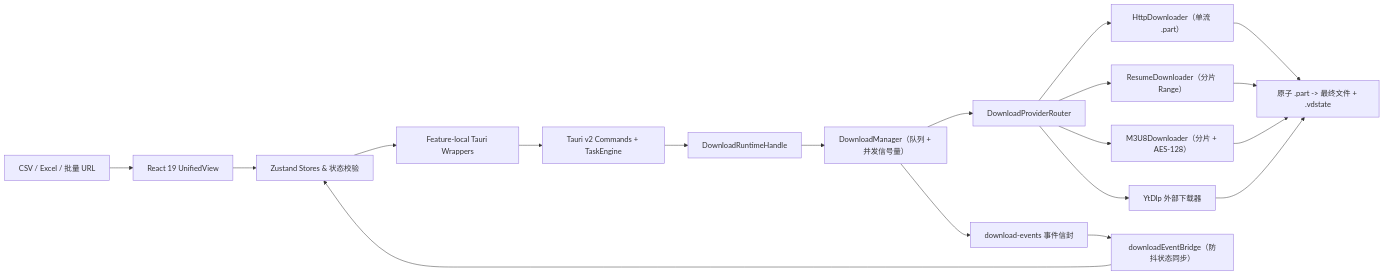
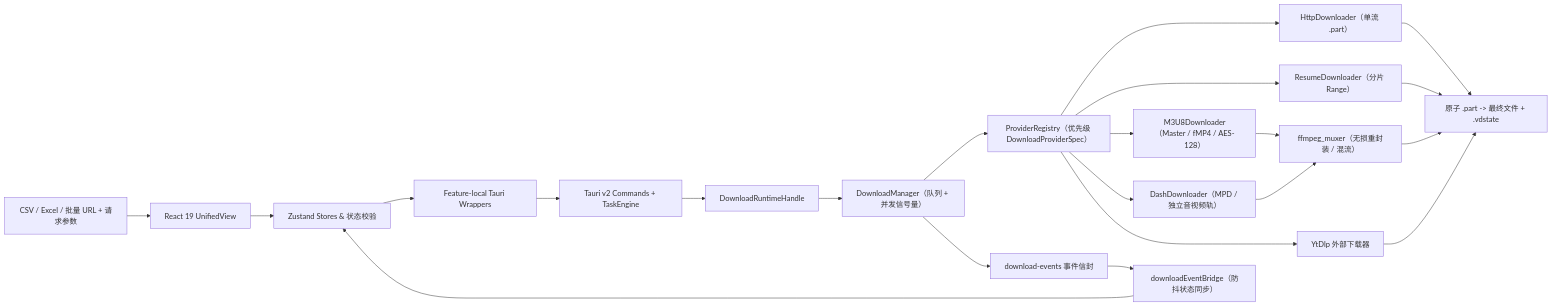
One commit to seaworld008/tauri-video-batch-downloader changed the diagram in README.zh-CN.md. Above: the diagram before and after it, drawn with Mermaid. The commit also changed other lines of this file and 35 other files, not shown here.

Commit message:
feat: release v1.2.0 pluggable multi-streaming engine and DASH/HLS/yt-dlp parity

````diff
--- a/README.zh-CN.md
+++ b/README.zh-CN.md
@@ -71,21 +71,24 @@
 ```mermaid
 flowchart LR
-  Input["CSV / Excel / 批量 URL"] --> UI["React 19 UnifiedView"]
+  Input["CSV / Excel / 批量 URL + 请求参数"] --> UI["React 19 UnifiedView"]
   UI --> Store["Zustand Stores & 状态校验"]
   Store --> API["Feature-local Tauri Wrappers"]
   API --> Commands["Tauri v2 Commands + TaskEngine"]
   Commands --> Runtime["DownloadRuntimeHandle"]
   Runtime --> Manager["DownloadManager（队列 + 并发信号量）"]
-  Manager --> Router["DownloadProviderRouter"]
+  Manager --> Router["ProviderRegistry（优先级 DownloadProviderSpec）"]
   Router --> HTTP["HttpDownloader（单流 .part）"]
   Router --> Resume["ResumeDownloader（分片 Range）"]
-  Router --> HLS["M3U8Downloader（分片 + AES-128）"]
+  Router --> HLS["M3U8Downloader（Master / fMP4 / AES-128）"]
+  Router --> DASH["DashDownloader（MPD / 独立音视频轨）"]
   Router --> YtDlp["YtDlp 外部下载器"]
+  HLS --> Mux["ffmpeg_muxer（无损重封装 / 混流）"]
+  DASH --> Mux
   HTTP --> Storage["原子 .part -> 最终文件 + .vdstate"]
   Resume --> Storage
-  HLS --> Storage
+  Mux --> Storage
   YtDlp --> Storage
   Manager --> EventBus["download-events 事件信封"]
   EventBus --> Bridge["downloadEventBridge（防抖状态同步）"]
   Bridge --> Store
 ```
````
